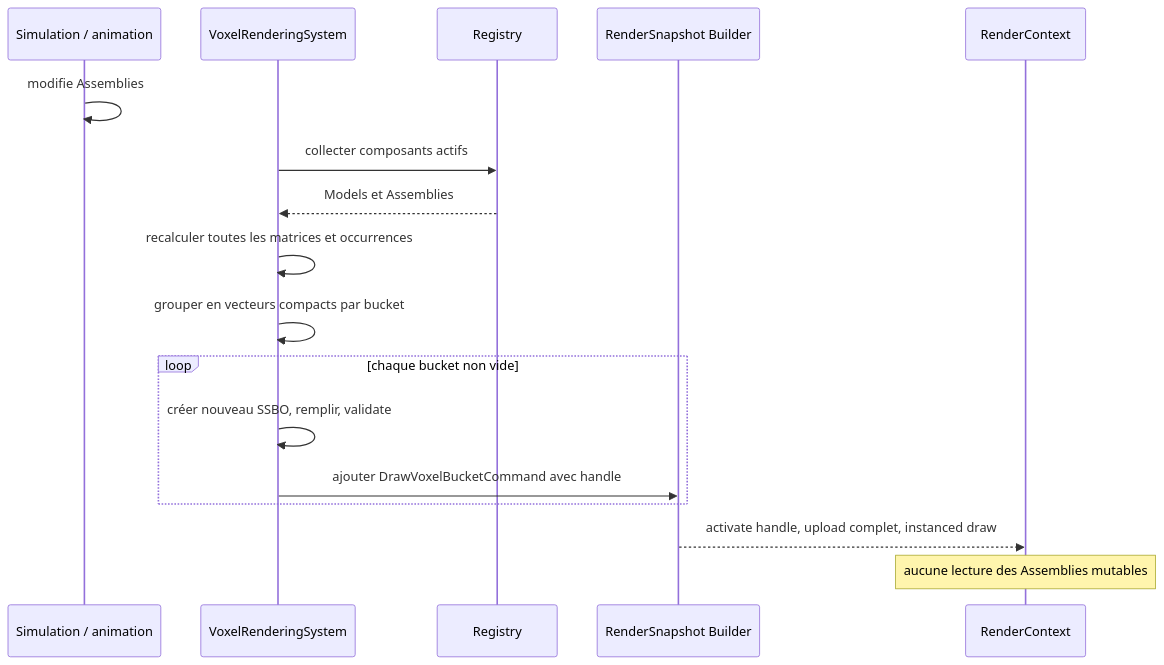
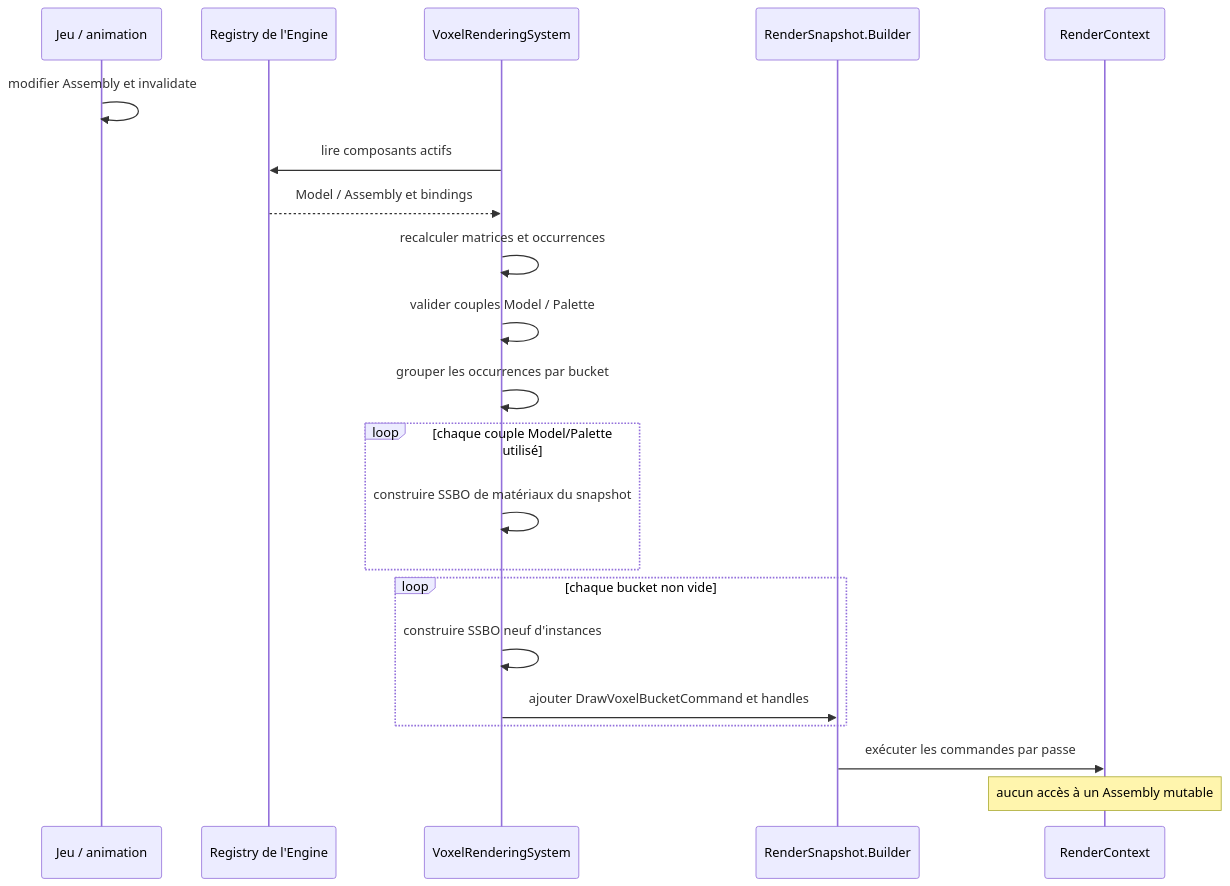
One commit to EreliaStudio/Sparkle changed the sixth of 7 diagrams in docs/voxel-engine-v0.1.4-specification.md. Above: the diagram before and after it, drawn with Mermaid. The commit also changed other lines of this file, not shown here.

Commit message:
docs: refactor voxel v0.1.4 into architecture-only specification

````diff
--- a/docs/voxel-engine-v0.1.4-specification.md
+++ b/docs/voxel-engine-v0.1.4-specification.md
@@ -596,19 +572,23 @@
-~~~mermaid
+```mermaid
 sequenceDiagram
-  participant Game as Simulation / animation
-  participant Sys as VoxelRenderingSystem
-  participant Registry as Registry
-  participant Snapshot as RenderSnapshot Builder
+  participant Game as Jeu / animation
+  participant Registry as Registry de l'Engine
+  participant System as VoxelRenderingSystem
+  participant Snapshot as RenderSnapshot.Builder
   participant GPU as RenderContext
-  Game->>Game: modifie Assemblies
-  Sys->>Registry: collecter composants actifs
-  Registry-->>Sys: Models et Assemblies
-  Sys->>Sys: recalculer toutes les matrices et occurrences
-  Sys->>Sys: grouper en vecteurs compacts par bucket
+  Game->>Game: modifier Assembly et invalidate
+  System->>Registry: lire composants actifs
+  Registry-->>System: Model / Assembly et bindings
+  System->>System: recalculer matrices et occurrences
+  System->>System: valider couples Model / Palette
+  System->>System: grouper les occurrences par bucket
+  loop chaque couple Model/Palette utilisé
+    System->>System: construire SSBO de matériaux du snapshot
+  end
   loop chaque bucket non vide
-    Sys->>Sys: créer nouveau SSBO, remplir, validate
-    Sys->>Snapshot: ajouter DrawVoxelBucketCommand avec handle
+    System->>System: construire SSBO neuf d'instances
+    System->>Snapshot: ajouter DrawVoxelBucketCommand et handles
   end
-  Snapshot-->>GPU: activate handle, upload complet, instanced draw
-  Note over GPU: aucune lecture des Assemblies mutables
-~~~
+  Snapshot->>GPU: exécuter les commandes par passe
+  Note over GPU: aucun accès à un Assembly mutable
+```
````
